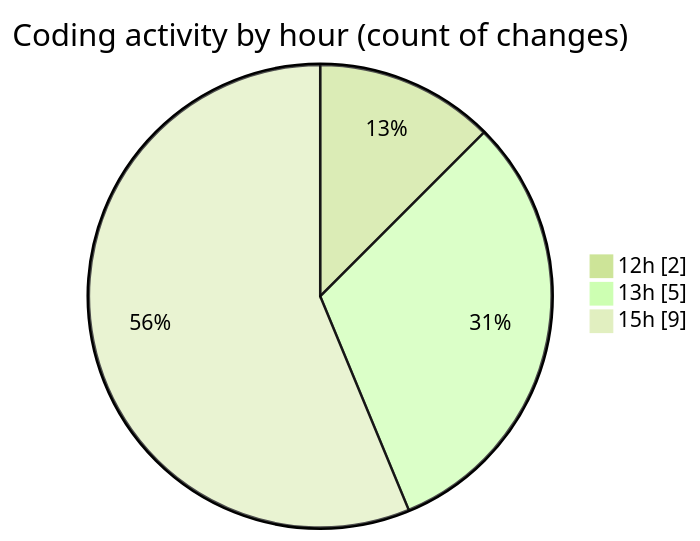
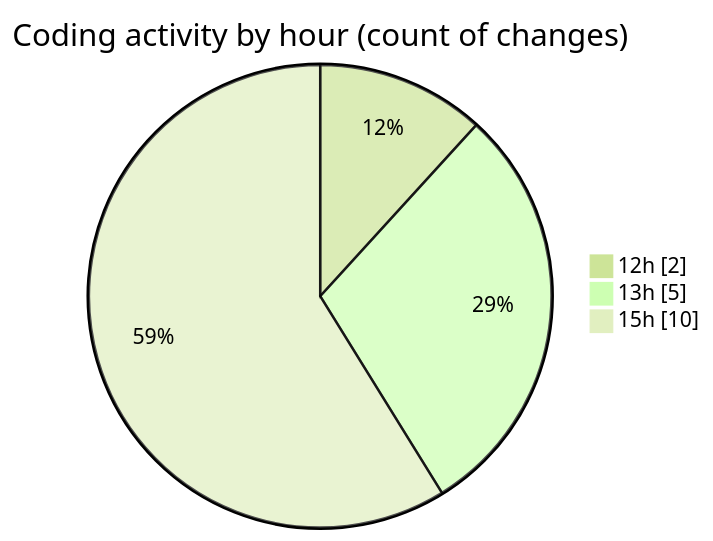
The second of 2 diagrams in 2025-07-12/fish/README.md (EIIisD/code-tracking), drawn with Mermaid (forest theme) before and after one commit. The commit also changed other lines of this file and 1 other file, not shown here.

````diff
--- a/2025-07-12/fish/README.md
+++ b/2025-07-12/fish/README.md
@@ -32,7 +34,7 @@
 ```mermaid
 pie showData
 title Coding activity by hour (count of changes)
 "12h" : 2
 "13h" : 5
-"15h" : 9
+"15h" : 10
 ```
````
